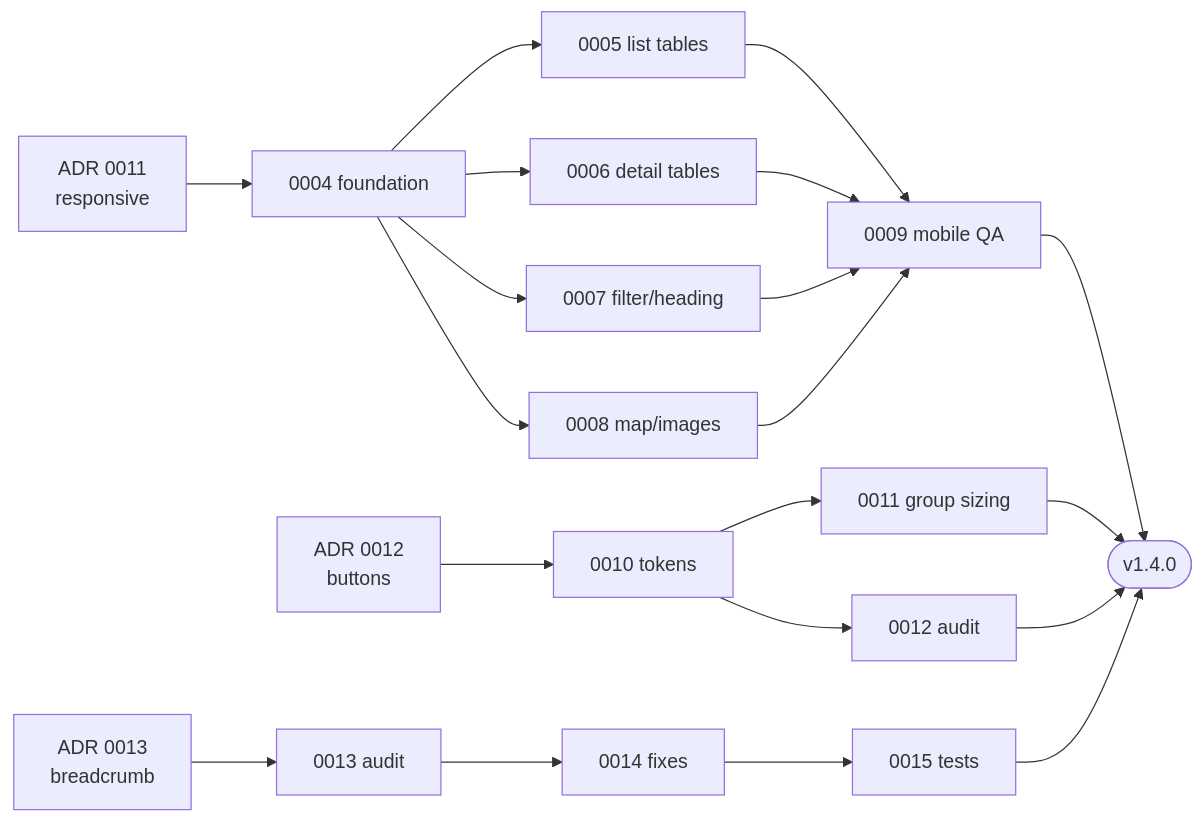
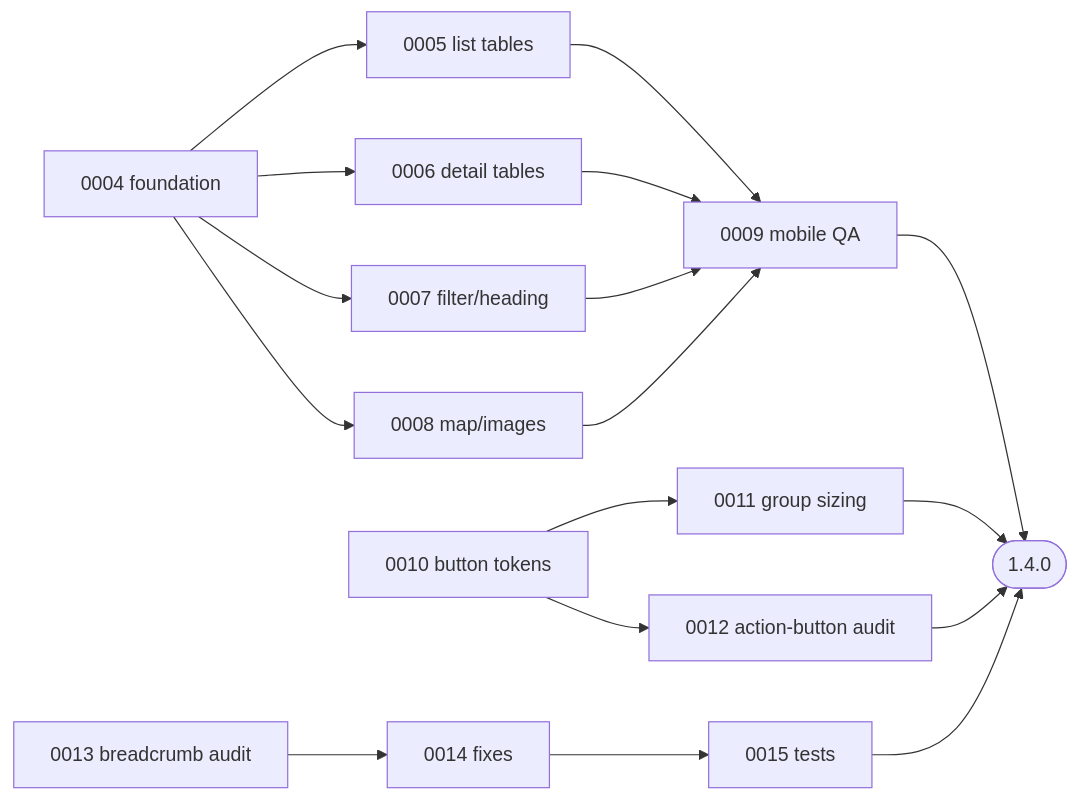
The diagram in docs/project-management/roadmap.md (deburca/hivelog), drawn with Mermaid before and after one commit. The commit also changed other lines of this file and 50 other files, not shown here.

First line of the commit message:
Refactor button styling to use CSS tokens and clarify design system

````diff
--- a/docs/project-management/roadmap.md
+++ b/docs/project-management/roadmap.md
@@ -57,22 +38,19 @@
 ```mermaid
 flowchart LR
-  D11["ADR 0011<br/>responsive"] --> T04["0004 foundation"]
-  T04 --> T05["0005 list tables"]
+  T04["0004 foundation"] --> T05["0005 list tables"]
   T04 --> T06["0006 detail tables"]
   T04 --> T07["0007 filter/heading"]
   T04 --> T08["0008 map/images"]
   T05 --> T09["0009 mobile QA"]
   T06 --> T09
   T07 --> T09
   T08 --> T09
-  D12["ADR 0012<br/>buttons"] --> T10["0010 tokens"]
-  T10 --> T11["0011 group sizing"]
-  T10 --> T12["0012 audit"]
-  D13["ADR 0013<br/>breadcrumb"] --> T13["0013 audit"]
-  T13 --> T14["0014 fixes"]
+  T10["0010 button tokens"] --> T11["0011 group sizing"]
+  T10 --> T12["0012 action-button audit"]
+  T13["0013 breadcrumb audit"] --> T14["0014 fixes"]
   T14 --> T15["0015 tests"]
-  T09 --> R(["v1.4.0"])
+  T09 --> R(["1.4.0"])
   T11 --> R
   T12 --> R
   T15 --> R
 ```
````
